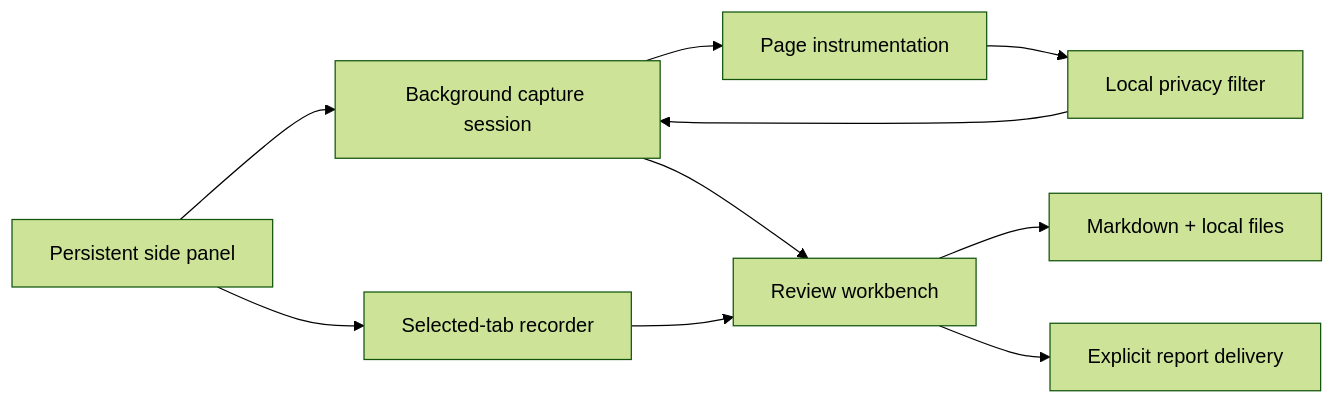
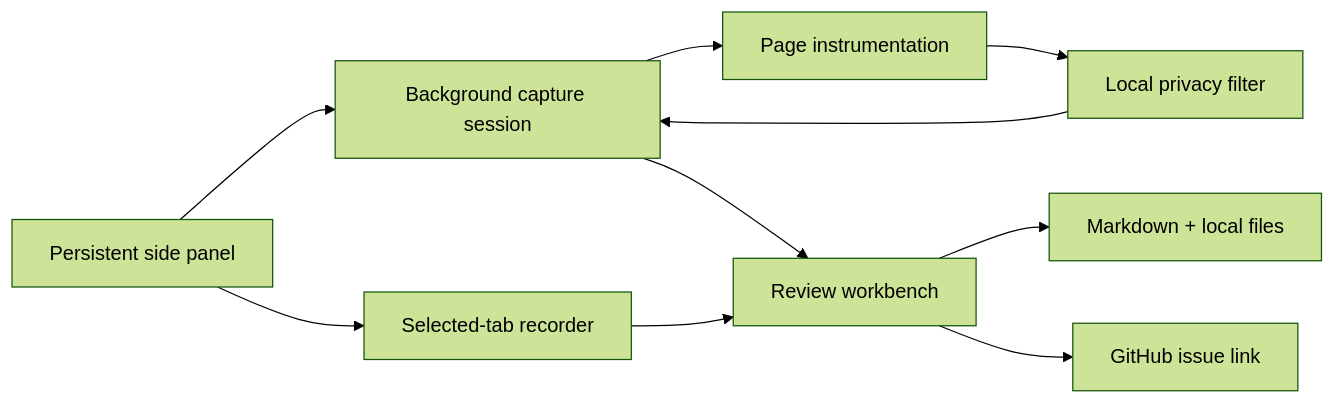
Before and after one commit to montasim/BugReceipt: the diagram in README.md, drawn with Mermaid (forest theme). The commit also changed other lines of this file and 6 other files, not shown here.

````diff
--- a/README.md
+++ b/README.md
@@ -174,12 +146,12 @@
 ```mermaid
 flowchart LR
     A[Persistent side panel] --> B[Background capture session]
     A --> C[Selected-tab recorder]
     B --> D[Page instrumentation]
     D --> E[Local privacy filter]
     E --> B
     B --> F[Review workbench]
     C --> F
     F --> G[Markdown + local files]
-    F --> H[Explicit report delivery]
+    F --> H[GitHub issue link]
 ```
````
